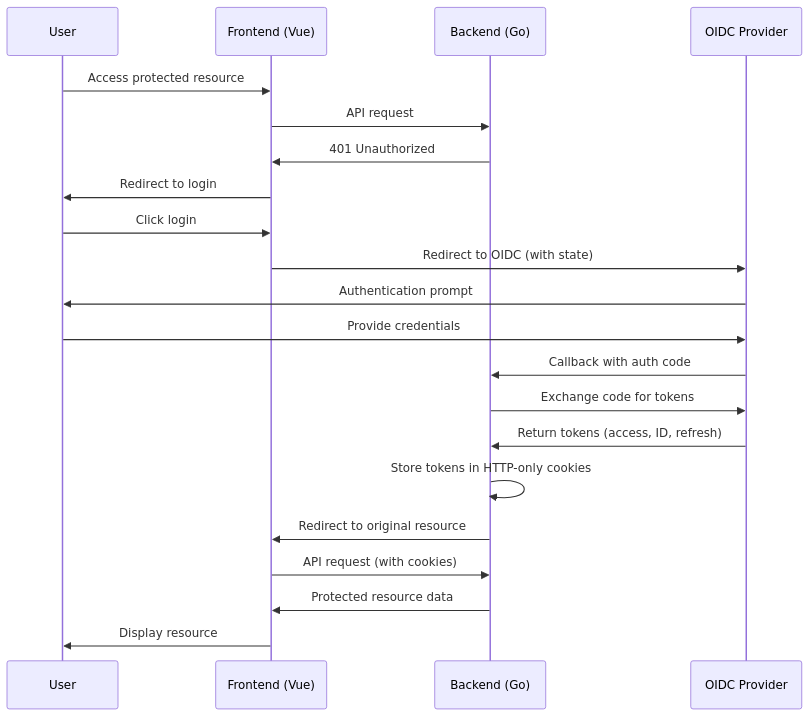
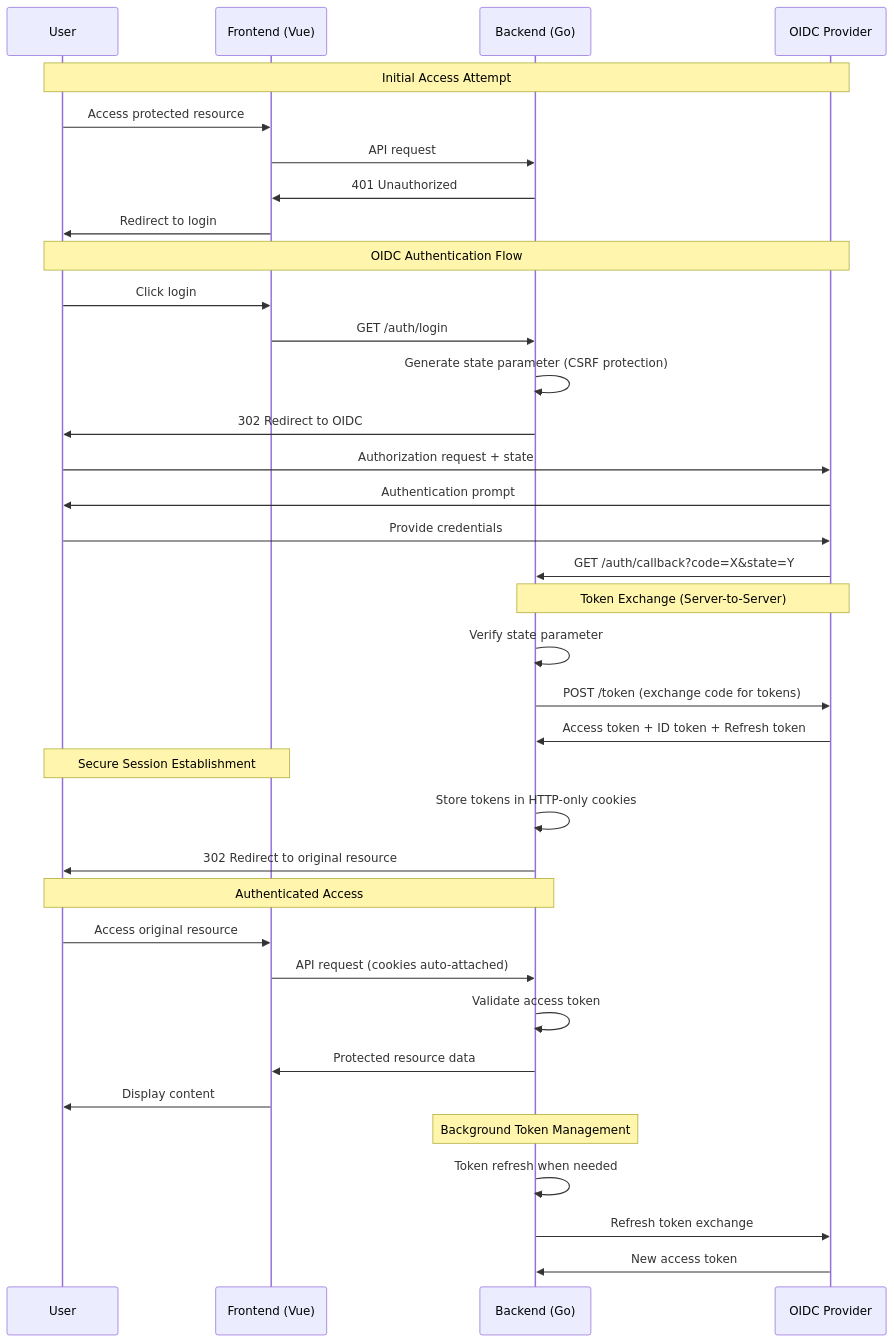
One commit to AnarManafov/dataharbor changed the third of 7 diagrams in docs/ARCHITECTURE.md. Above: the diagram before and after it, drawn with Mermaid. The commit also changed other lines of this file and 25 other files, not shown here.

````diff
--- a/docs/ARCHITECTURE.md
+++ b/docs/ARCHITECTURE.md
@@ -105,24 +177,45 @@
 ```mermaid
 sequenceDiagram
     participant U as User
     participant F as Frontend (Vue)
     participant B as Backend (Go)
     participant O as OIDC Provider
     
+    Note over U,O: Initial Access Attempt
     U->>F: Access protected resource
     F->>B: API request
     B->>F: 401 Unauthorized
     F->>U: Redirect to login
+    
+    Note over U,O: OIDC Authentication Flow
     U->>F: Click login
-    F->>O: Redirect to OIDC (with state)
+    F->>B: GET /auth/login
+    B->>B: Generate state parameter (CSRF protection)
+    B->>U: 302 Redirect to OIDC
+    
+    U->>O: Authorization request + state
     O->>U: Authentication prompt
     U->>O: Provide credentials
-    O->>B: Callback with auth code
-    B->>O: Exchange code for tokens
-    O->>B: Return tokens (access, ID, refresh)
+    O->>B: GET /auth/callback?code=X&state=Y
+    
+    Note over B,O: Token Exchange (Server-to-Server)
+    B->>B: Verify state parameter
+    B->>O: POST /token (exchange code for tokens)
+    O->>B: Access token + ID token + Refresh token
+    
+    Note over U,F: Secure Session Establishment
     B->>B: Store tokens in HTTP-only cookies
-    B->>F: Redirect to original resource
-    F->>B: API request (with cookies)
+    B->>U: 302 Redirect to original resource
+    
+    Note over U,B: Authenticated Access
+    U->>F: Access original resource
+    F->>B: API request (cookies auto-attached)
+    B->>B: Validate access token
     B->>F: Protected resource data
-    F->>U: Display resource
+    F->>U: Display content
+    
+    Note over B: Background Token Management
+    B->>B: Token refresh when needed
+    B->>O: Refresh token exchange
+    O->>B: New access token
 ```
````
